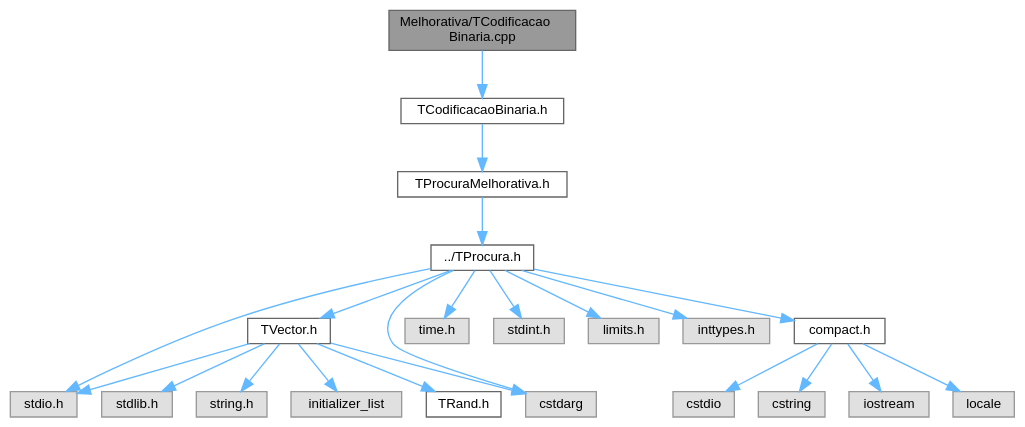
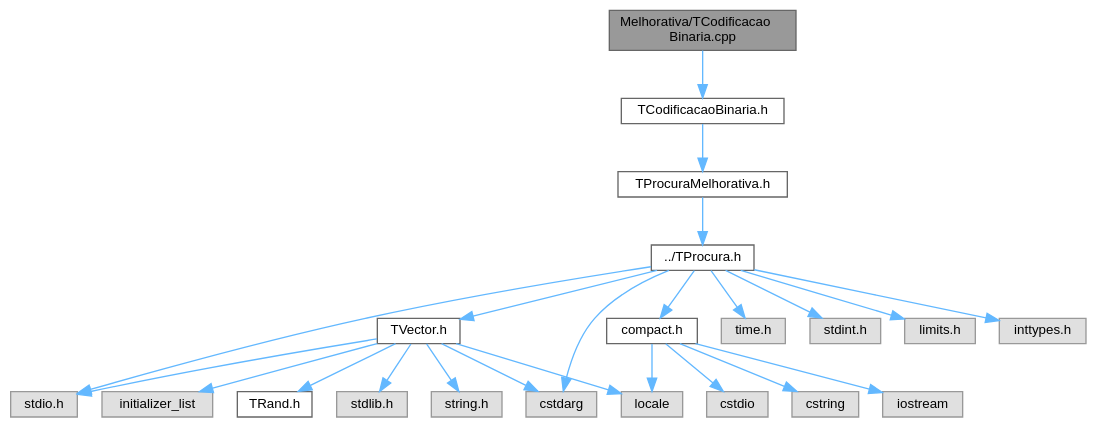
Before and after one commit to jcoelho72/TProcura: the diagram in TCodificacaoBinaria_8cpp__incl.dot, drawn with Graphviz. The commit also changed 335 other files, not shown here.

```diff
--- a/TCodificacaoBinaria_8cpp__incl.dot
+++ b/TCodificacaoBinaria_8cpp__incl.dot
@@ -1,48 +1,49 @@
 digraph "Melhorativa/TCodificacaoBinaria.cpp"
 {
  // LATEX_PDF_SIZE
   bgcolor="transparent";
   edge [fontname=Helvetica,fontsize=10,labelfontname=Helvetica,labelfontsize=10];
   node [fontname=Helvetica,fontsize=10,shape=box,height=0.2,width=0.4];
   Node1 [id="Node000001",label="Melhorativa/TCodificacao\lBinaria.cpp",height=0.2,width=0.4,color="gray40", fillcolor="grey60", style="filled", fontcolor="black",tooltip=" "];
   Node1 -> Node2 [id="edge1_Node000001_Node000002",color="steelblue1",style="solid",tooltip=" "];
   Node2 [id="Node000002",label="TCodificacaoBinaria.h",height=0.2,width=0.4,color="grey40", fillcolor="white", style="filled",URL="$TCodificacaoBinaria_8h.html",tooltip=" "];
   Node2 -> Node3 [id="edge2_Node000002_Node000003",color="steelblue1",style="solid",tooltip=" "];
   Node3 [id="Node000003",label="TProcuraMelhorativa.h",height=0.2,width=0.4,color="grey40", fillcolor="white", style="filled",URL="$TProcuraMelhorativa_8h.html",tooltip=" "];
   Node3 -> Node4 [id="edge3_Node000003_Node000004",color="steelblue1",style="solid",tooltip=" "];
   Node4 [id="Node000004",label="../TProcura.h",height=0.2,width=0.4,color="grey40", fillcolor="white", style="filled",URL="$TProcura_8h.html",tooltip=" "];
   Node4 -> Node5 [id="edge4_Node000004_Node000005",color="steelblue1",style="solid",tooltip=" "];
   Node5 [id="Node000005",label="TVector.h",height=0.2,width=0.4,color="grey40", fillcolor="white", style="filled",URL="$TVector_8h.html",tooltip="Vetor dinâmico genérico com operações de pilha, conjuntos e algoritmos úteis."];
   Node5 -> Node6 [id="edge5_Node000005_Node000006",color="steelblue1",style="solid",tooltip=" "];
   Node6 [id="Node000006",label="stdlib.h",height=0.2,width=0.4,color="grey60", fillcolor="#E0E0E0", style="filled",tooltip=" "];
   Node5 -> Node7 [id="edge6_Node000005_Node000007",color="steelblue1",style="solid",tooltip=" "];
   Node7 [id="Node000007",label="string.h",height=0.2,width=0.4,color="grey60", fillcolor="#E0E0E0", style="filled",tooltip=" "];
   Node5 -> Node8 [id="edge7_Node000005_Node000008",color="steelblue1",style="solid",tooltip=" "];
   Node8 [id="Node000008",label="stdio.h",height=0.2,width=0.4,color="grey60", fillcolor="#E0E0E0", style="filled",tooltip=" "];
   Node5 -> Node9 [id="edge8_Node000005_Node000009",color="steelblue1",style="solid",tooltip=" "];
   Node9 [id="Node000009",label="initializer_list",height=0.2,width=0.4,color="grey60", fillcolor="#E0E0E0", style="filled",tooltip=" "];
   Node5 -> Node10 [id="edge9_Node000005_Node000010",color="steelblue1",style="solid",tooltip=" "];
   Node10 [id="Node000010",label="cstdarg",height=0.2,width=0.4,color="grey60", fillcolor="#E0E0E0", style="filled",tooltip=" "];
   Node5 -> Node11 [id="edge10_Node000005_Node000011",color="steelblue1",style="solid",tooltip=" "];
-  Node11 [id="Node000011",label="TRand.h",height=0.2,width=0.4,color="grey40", fillcolor="white", style="filled",URL="$TRand_8h.html",tooltip="Interface para geração de números aleatórios independentes do sistema operativo."];
-  Node4 -> Node12 [id="edge11_Node000004_Node000012",color="steelblue1",style="solid",tooltip=" "];
-  Node12 [id="Node000012",label="time.h",height=0.2,width=0.4,color="grey60", fillcolor="#E0E0E0", style="filled",tooltip=" "];
+  Node11 [id="Node000011",label="locale",height=0.2,width=0.4,color="grey60", fillcolor="#E0E0E0", style="filled",tooltip=" "];
+  Node5 -> Node12 [id="edge11_Node000005_Node000012",color="steelblue1",style="solid",tooltip=" "];
+  Node12 [id="Node000012",label="TRand.h",height=0.2,width=0.4,color="grey40", fillcolor="white", style="filled",URL="$TRand_8h.html",tooltip="Interface para geração de números aleatórios independentes do sistema operativo."];
   Node4 -> Node13 [id="edge12_Node000004_Node000013",color="steelblue1",style="solid",tooltip=" "];
-  Node13 [id="Node000013",label="stdint.h",height=0.2,width=0.4,color="grey60", fillcolor="#E0E0E0", style="filled",tooltip=" "];
+  Node13 [id="Node000013",label="time.h",height=0.2,width=0.4,color="grey60", fillcolor="#E0E0E0", style="filled",tooltip=" "];
   Node4 -> Node14 [id="edge13_Node000004_Node000014",color="steelblue1",style="solid",tooltip=" "];
-  Node14 [id="Node000014",label="limits.h",height=0.2,width=0.4,color="grey60", fillcolor="#E0E0E0", style="filled",tooltip=" "];
-  Node4 -> Node8 [id="edge14_Node000004_Node000008",color="steelblue1",style="solid",tooltip=" "];
-  Node4 -> Node15 [id="edge15_Node000004_Node000015",color="steelblue1",style="solid",tooltip=" "];
-  Node15 [id="Node000015",label="inttypes.h",height=0.2,width=0.4,color="grey60", fillcolor="#E0E0E0", style="filled",tooltip=" "];
-  Node4 -> Node10 [id="edge16_Node000004_Node000010",color="steelblue1",style="solid",tooltip=" "];
-  Node4 -> Node16 [id="edge17_Node000004_Node000016",color="steelblue1",style="solid",tooltip=" "];
-  Node16 [id="Node000016",label="compact.h",height=0.2,width=0.4,color="grey40", fillcolor="white", style="filled",URL="$compact_8h.html",tooltip=" "];
-  Node16 -> Node17 [id="edge18_Node000016_Node000017",color="steelblue1",style="solid",tooltip=" "];
-  Node17 [id="Node000017",label="cstdio",height=0.2,width=0.4,color="grey60", fillcolor="#E0E0E0", style="filled",tooltip=" "];
-  Node16 -> Node18 [id="edge19_Node000016_Node000018",color="steelblue1",style="solid",tooltip=" "];
-  Node18 [id="Node000018",label="cstring",height=0.2,width=0.4,color="grey60", fillcolor="#E0E0E0", style="filled",tooltip=" "];
-  Node16 -> Node19 [id="edge20_Node000016_Node000019",color="steelblue1",style="solid",tooltip=" "];
-  Node19 [id="Node000019",label="iostream",height=0.2,width=0.4,color="grey60", fillcolor="#E0E0E0", style="filled",tooltip=" "];
-  Node16 -> Node20 [id="edge21_Node000016_Node000020",color="steelblue1",style="solid",tooltip=" "];
-  Node20 [id="Node000020",label="locale",height=0.2,width=0.4,color="grey60", fillcolor="#E0E0E0", style="filled",tooltip=" "];
+  Node14 [id="Node000014",label="stdint.h",height=0.2,width=0.4,color="grey60", fillcolor="#E0E0E0", style="filled",tooltip=" "];
+  Node4 -> Node15 [id="edge14_Node000004_Node000015",color="steelblue1",style="solid",tooltip=" "];
+  Node15 [id="Node000015",label="limits.h",height=0.2,width=0.4,color="grey60", fillcolor="#E0E0E0", style="filled",tooltip=" "];
+  Node4 -> Node8 [id="edge15_Node000004_Node000008",color="steelblue1",style="solid",tooltip=" "];
+  Node4 -> Node16 [id="edge16_Node000004_Node000016",color="steelblue1",style="solid",tooltip=" "];
+  Node16 [id="Node000016",label="inttypes.h",height=0.2,width=0.4,color="grey60", fillcolor="#E0E0E0", style="filled",tooltip=" "];
+  Node4 -> Node10 [id="edge17_Node000004_Node000010",color="steelblue1",style="solid",tooltip=" "];
+  Node4 -> Node17 [id="edge18_Node000004_Node000017",color="steelblue1",style="solid",tooltip=" "];
+  Node17 [id="Node000017",label="compact.h",height=0.2,width=0.4,color="grey40", fillcolor="white", style="filled",URL="$compact_8h.html",tooltip=" "];
+  Node17 -> Node18 [id="edge19_Node000017_Node000018",color="steelblue1",style="solid",tooltip=" "];
+  Node18 [id="Node000018",label="cstdio",height=0.2,width=0.4,color="grey60", fillcolor="#E0E0E0", style="filled",tooltip=" "];
+  Node17 -> Node19 [id="edge20_Node000017_Node000019",color="steelblue1",style="solid",tooltip=" "];
+  Node19 [id="Node000019",label="cstring",height=0.2,width=0.4,color="grey60", fillcolor="#E0E0E0", style="filled",tooltip=" "];
+  Node17 -> Node20 [id="edge21_Node000017_Node000020",color="steelblue1",style="solid",tooltip=" "];
+  Node20 [id="Node000020",label="iostream",height=0.2,width=0.4,color="grey60", fillcolor="#E0E0E0", style="filled",tooltip=" "];
+  Node17 -> Node11 [id="edge22_Node000017_Node000011",color="steelblue1",style="solid",tooltip=" "];
 }
```
